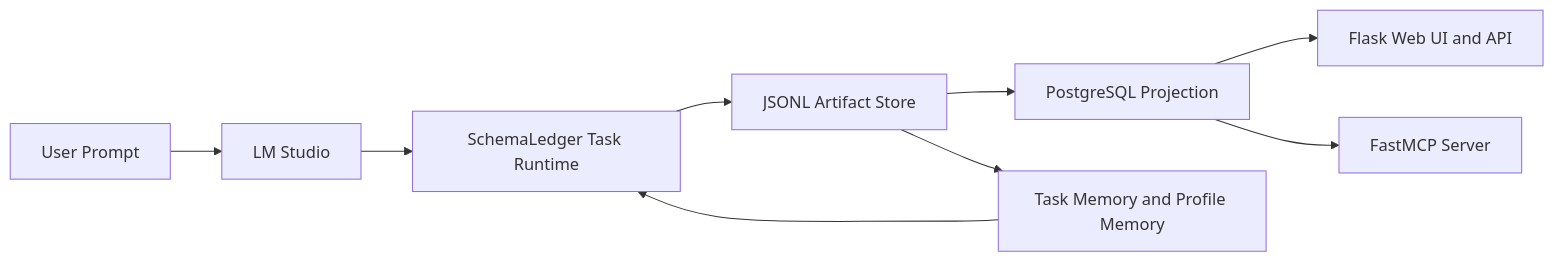
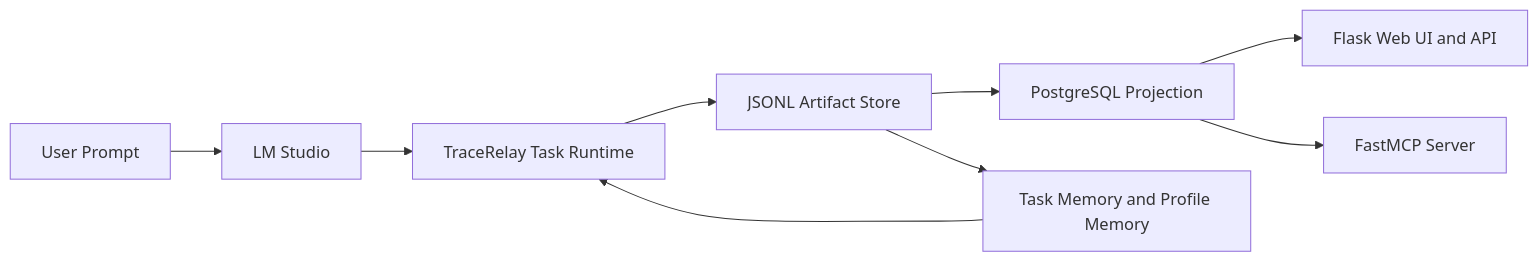
Before and after one commit to kawayuta/TraceRelay: the first of 2 diagrams in docs/ARCHITECTURE.md, drawn with Mermaid. The commit also changed other lines of this file and 105 other files, not shown here.

Commit message:
refactor: rename SchemaLedger to TraceRelay

````diff
--- a/docs/ARCHITECTURE.md
+++ b/docs/ARCHITECTURE.md
@@ -7,11 +7,11 @@
 ```mermaid
 flowchart LR
     User[User Prompt] --> LM[LM Studio]
-    LM --> Runtime[SchemaLedger Task Runtime]
+    LM --> Runtime[TraceRelay Task Runtime]
     Runtime --> JSONL[JSONL Artifact Store]
     JSONL --> PG[PostgreSQL Projection]
     PG --> Web[Flask Web UI and API]
     PG --> MCP[FastMCP Server]
     JSONL --> Memory[Task Memory and Profile Memory]
     Memory --> Runtime
 ```
````
